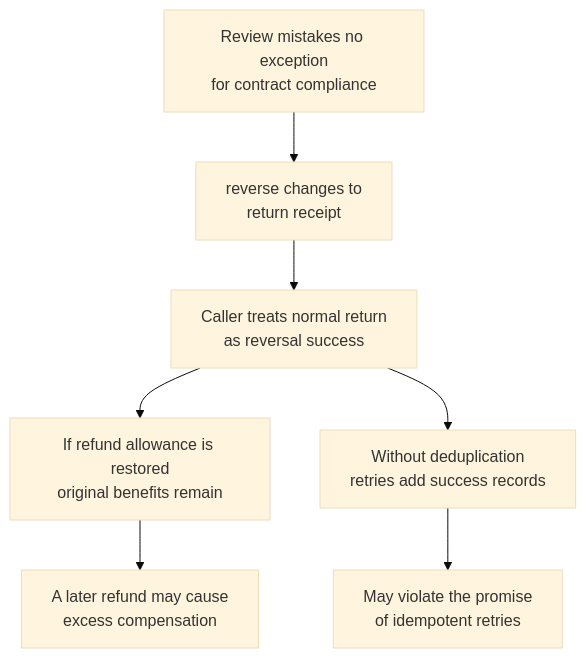
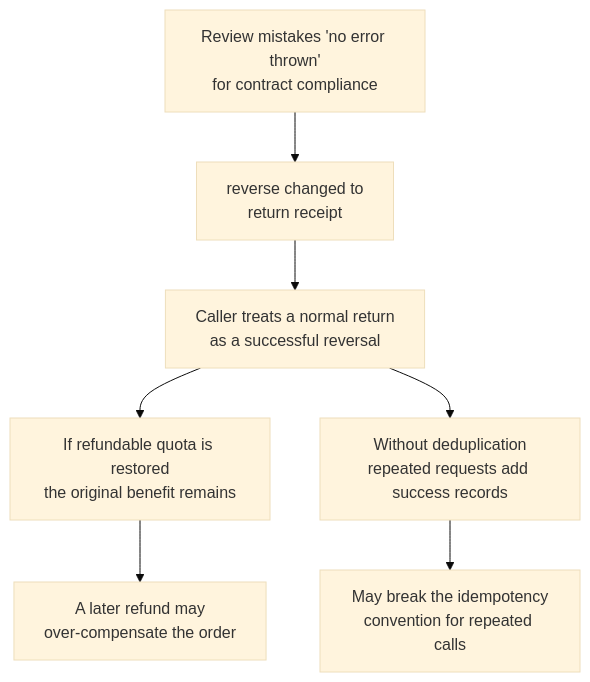
The first of 2 diagrams in src/content/notes/en/liskov-what-the-signature-does-not-check.md (ffzz/blog), drawn with Mermaid (base theme) before and after one commit. The commit also changed other lines of this file and 13 other files, not shown here.

````diff
--- a/src/content/notes/en/liskov-what-the-signature-does-not-check.md
+++ b/src/content/notes/en/liskov-what-the-signature-does-not-check.md
@@ -221,9 +197,9 @@
 ```mermaid
 flowchart TB
-    A["Review mistakes no exception<br/>for contract compliance"] --> B["reverse changes to<br/>return receipt"]
-    B --> C["Caller treats normal return<br/>as reversal success"]
-    C --> D["If refund allowance is restored<br/>original benefits remain"]
-    C --> E["Without deduplication<br/>retries add success records"]
-    D --> F["A later refund may cause<br/>excess compensation"]
-    E --> G["May violate the promise<br/>of idempotent retries"]
+    A["Review mistakes 'no error thrown'<br/>for contract compliance"] --> B["reverse changed to<br/>return receipt"]
+    B --> C["Caller treats a normal return<br/>as a successful reversal"]
+    C --> D["If refundable quota is restored<br/>the original benefit remains"]
+    C --> E["Without deduplication<br/>repeated requests add success records"]
+    D --> F["A later refund may<br/>over-compensate the order"]
+    E --> G["May break the idempotency<br/>convention for repeated calls"]
 ```
````
